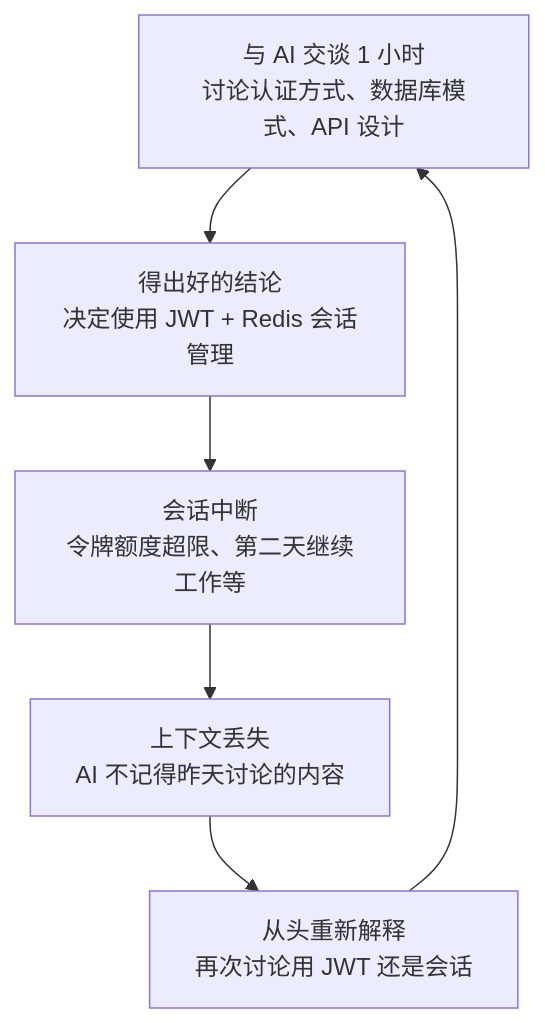
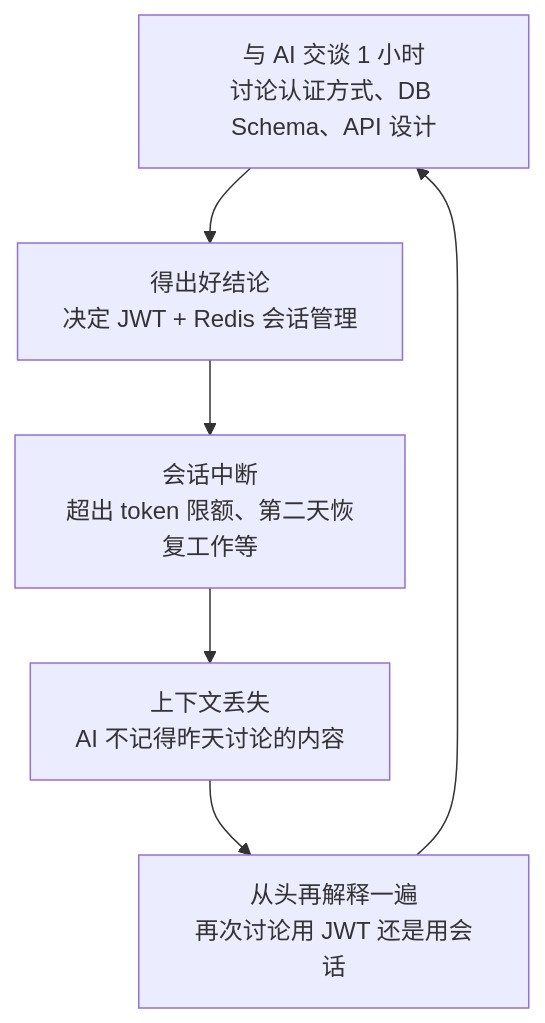
The first of 5 diagrams in docs-site/content/zh/core-concepts/spec-based-dev.md (modu-ai/moai-adk), drawn with Mermaid before and after one commit. The commit also changed other lines of this file and 395 other files, not shown here.

````diff
--- a/docs-site/content/zh/core-concepts/spec-based-dev.md
+++ b/docs-site/content/zh/core-concepts/spec-based-dev.md
@@ -40,8 +40,8 @@
 ```mermaid
 flowchart TD
-    A["与 AI 交谈 1 小时\n讨论认证方式、数据库模式、API 设计"] --> B["得出好的结论\n决定使用 JWT + Redis 会话管理"]
-    B --> C["会话中断\n令牌额度超限、第二天继续工作等"]
+    A["与 AI 交谈 1 小时\n讨论认证方式、DB Schema、API 设计"] --> B["得出好结论\n决定 JWT + Redis 会话管理"]
+    B --> C["会话中断\n超出 token 限额、第二天恢复工作等"]
     C --> D["上下文丢失\nAI 不记得昨天讨论的内容"]
-    D --> E["从头重新解释\n再次讨论用 JWT 还是会话"]
+    D --> E["从头再解释一遍\n再次讨论用 JWT 还是用会话"]
     E --> A
 ```
````
